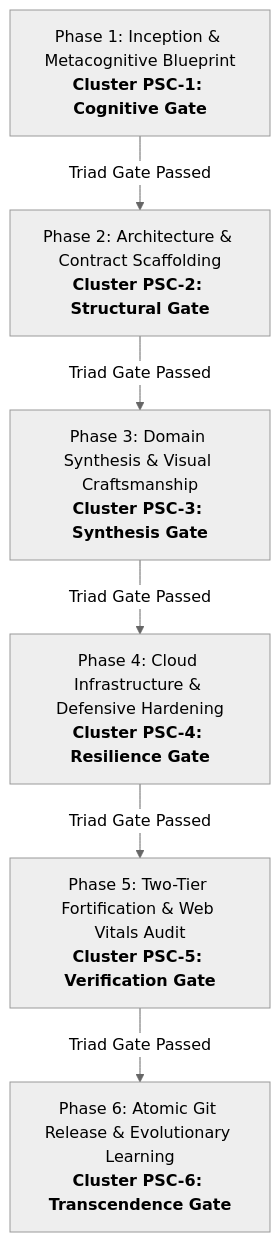
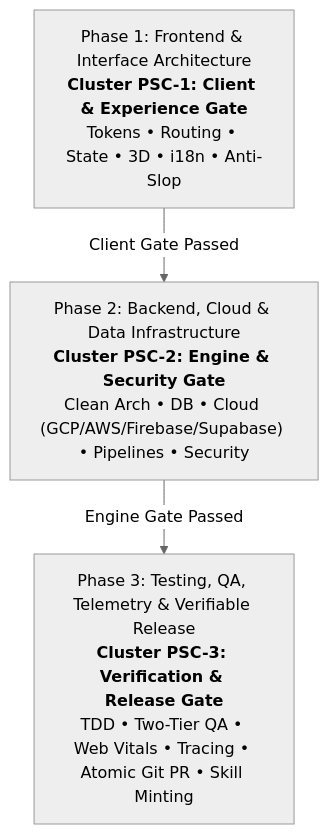
The diagram in skills/full-scale-mode/SKILL.md (darknecrocities/SkillBuilder), drawn with Mermaid (neutral theme) before and after one commit. The commit also changed other lines of this file and 9 other files, not shown here.

````diff
--- a/skills/full-scale-mode/SKILL.md
+++ b/skills/full-scale-mode/SKILL.md
@@ -21,15 +21,9 @@
 ```mermaid
 flowchart TD
-    P1["Phase 1: Inception & Metacognitive Blueprint<br/><b>Cluster PSC-1: Cognitive Gate</b>"]
-    P2["Phase 2: Architecture & Contract Scaffolding<br/><b>Cluster PSC-2: Structural Gate</b>"]
-    P3["Phase 3: Domain Synthesis & Visual Craftsmanship<br/><b>Cluster PSC-3: Synthesis Gate</b>"]
-    P4["Phase 4: Cloud Infrastructure & Defensive Hardening<br/><b>Cluster PSC-4: Resilience Gate</b>"]
-    P5["Phase 5: Two-Tier Fortification & Web Vitals Audit<br/><b>Cluster PSC-5: Verification Gate</b>"]
-    P6["Phase 6: Atomic Git Release & Evolutionary Learning<br/><b>Cluster PSC-6: Transcendence Gate</b>"]
+    P1["Phase 1: Frontend & Interface Architecture<br/><b>Cluster PSC-1: Client & Experience Gate</b><br/>Tokens • Routing • State • 3D • i18n • Anti-Slop"]
+    P2["Phase 2: Backend, Cloud & Data Infrastructure<br/><b>Cluster PSC-2: Engine & Security Gate</b><br/>Clean Arch • DB • Cloud (GCP/AWS/Firebase/Supabase) • Pipelines • Security"]
+    P3["Phase 3: Testing, QA, Telemetry & Verifiable Release<br/><b>Cluster PSC-3: Verification & Release Gate</b><br/>TDD • Two-Tier QA • Web Vitals • Tracing • Atomic Git PR • Skill Minting"]
 
-    P1 -->|Triad Gate Passed| P2
-    P2 -->|Triad Gate Passed| P3
-    P3 -->|Triad Gate Passed| P4
-    P4 -->|Triad Gate Passed| P5
-    P5 -->|Triad Gate Passed| P6
+    P1 -->|Client Gate Passed| P2
+    P2 -->|Engine Gate Passed| P3
 ```
````
